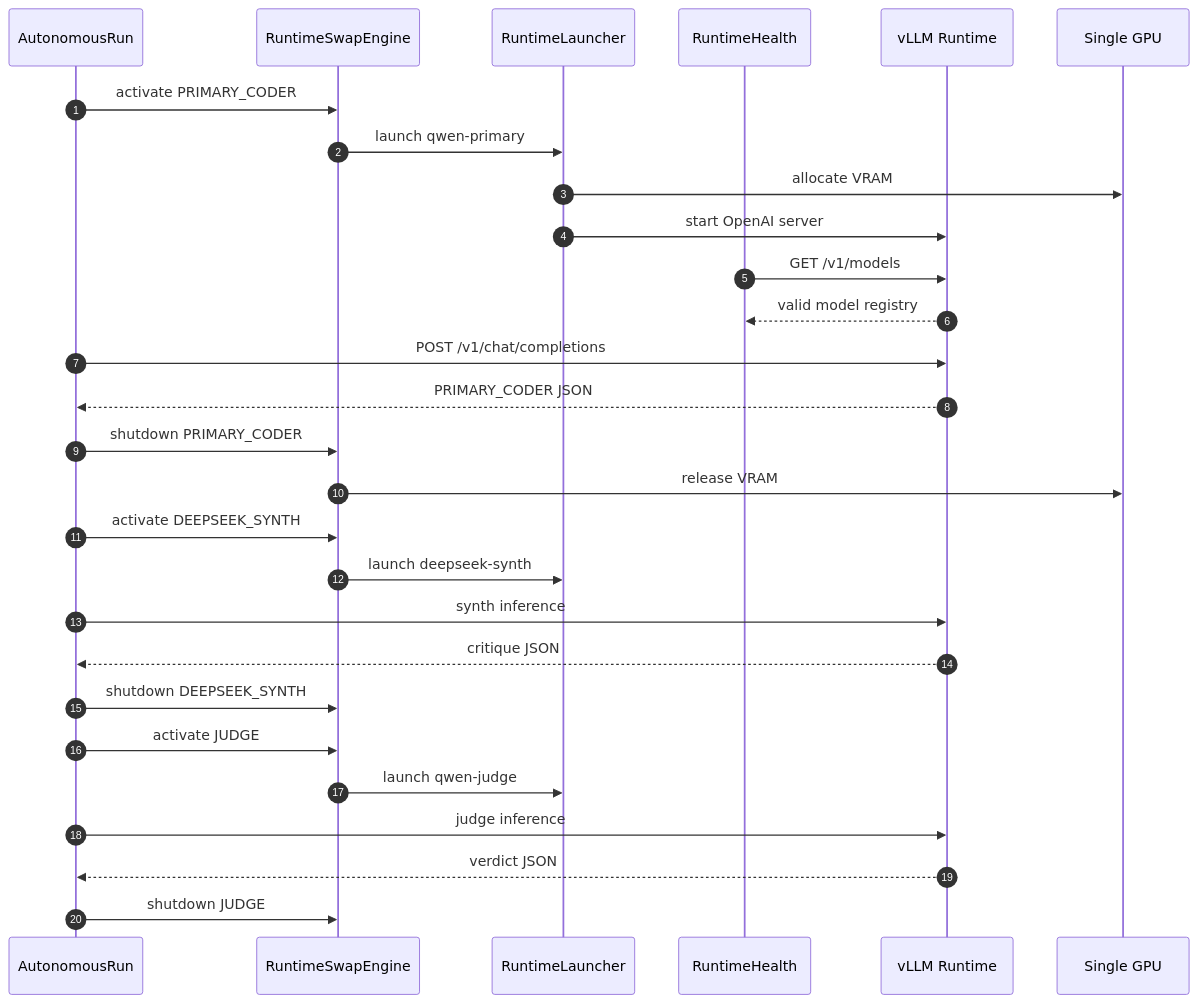
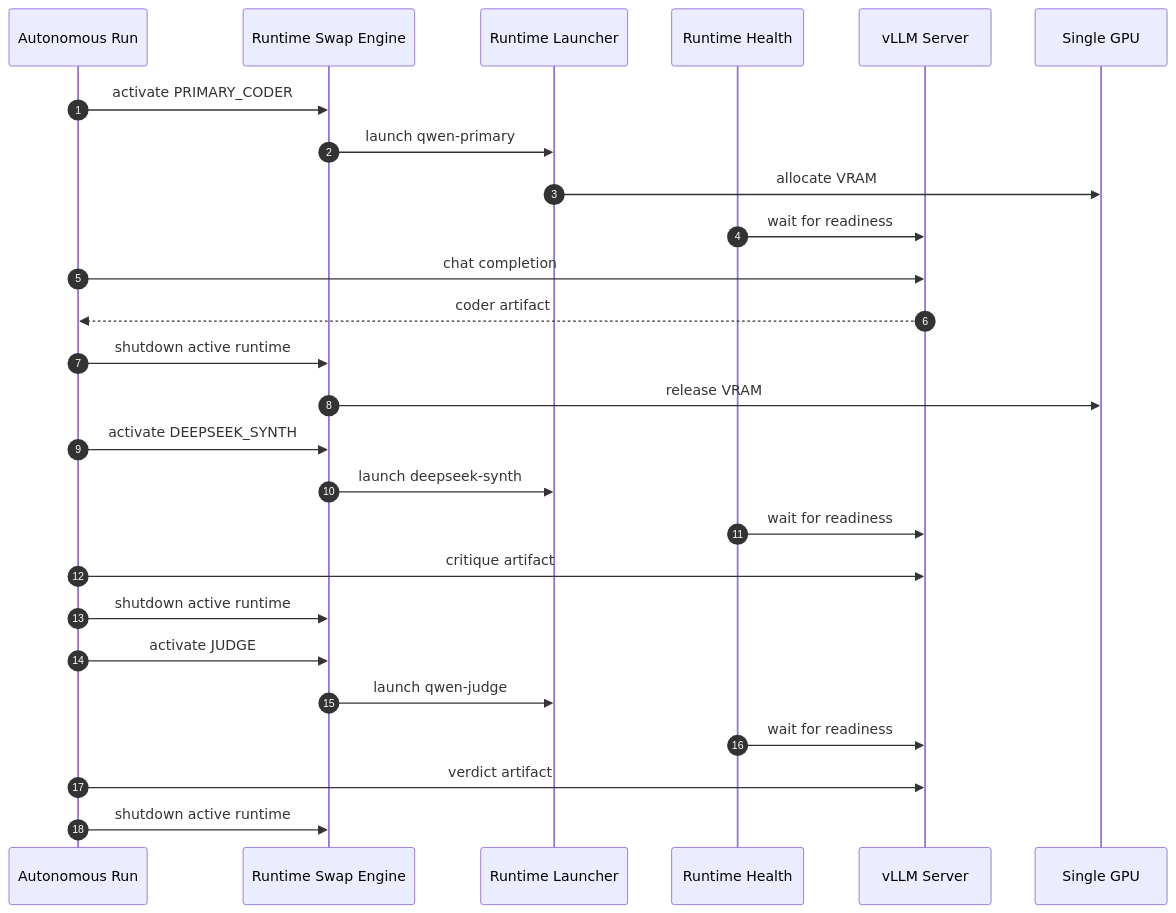
Before and after one commit to ratishoberoi/forge: the third of 6 diagrams in README.md, drawn with Mermaid. The commit also changed other lines of this file, not shown here.

````diff
--- a/README.md
+++ b/README.md
@@ -150,33 +150,31 @@
 ```mermaid
 sequenceDiagram
     autonumber
-    participant Run as AutonomousRun
-    participant Swap as RuntimeSwapEngine
-    participant Launcher as RuntimeLauncher
-    participant Health as RuntimeHealth
-    participant VLLM as vLLM Runtime
+    participant Run as Autonomous Run
+    participant Swap as Runtime Swap Engine
+    participant Launch as Runtime Launcher
+    participant Health as Runtime Health
+    participant VLLM as vLLM Server
     participant GPU as Single GPU
 
     Run->>Swap: activate PRIMARY_CODER
-    Swap->>Launcher: launch qwen-primary
-    Launcher->>GPU: allocate VRAM
-    Launcher->>VLLM: start OpenAI server
-    Health->>VLLM: GET /v1/models
-    VLLM-->>Health: valid model registry
-    Run->>VLLM: POST /v1/chat/completions
-    VLLM-->>Run: PRIMARY_CODER JSON
-    Run->>Swap: shutdown PRIMARY_CODER
+    Swap->>Launch: launch qwen-primary
+    Launch->>GPU: allocate VRAM
+    Health->>VLLM: wait for readiness
+    Run->>VLLM: chat completion
+    VLLM-->>Run: coder artifact
+    Run->>Swap: shutdown active runtime
     Swap->>GPU: release VRAM
 
     Run->>Swap: activate DEEPSEEK_SYNTH
-    Swap->>Launcher: launch deepseek-synth
-    Run->>VLLM: synth inference
-    VLLM-->>Run: critique JSON
-    Run->>Swap: shutdown DEEPSEEK_SYNTH
+    Swap->>Launch: launch deepseek-synth
+    Health->>VLLM: wait for readiness
+    Run->>VLLM: critique artifact
+    Run->>Swap: shutdown active runtime
 
     Run->>Swap: activate JUDGE
-    Swap->>Launcher: launch qwen-judge
-    Run->>VLLM: judge inference
-    VLLM-->>Run: verdict JSON
-    Run->>Swap: shutdown JUDGE
+    Swap->>Launch: launch qwen-judge
+    Health->>VLLM: wait for readiness
+    Run->>VLLM: verdict artifact
+    Run->>Swap: shutdown active runtime
 ```
````
